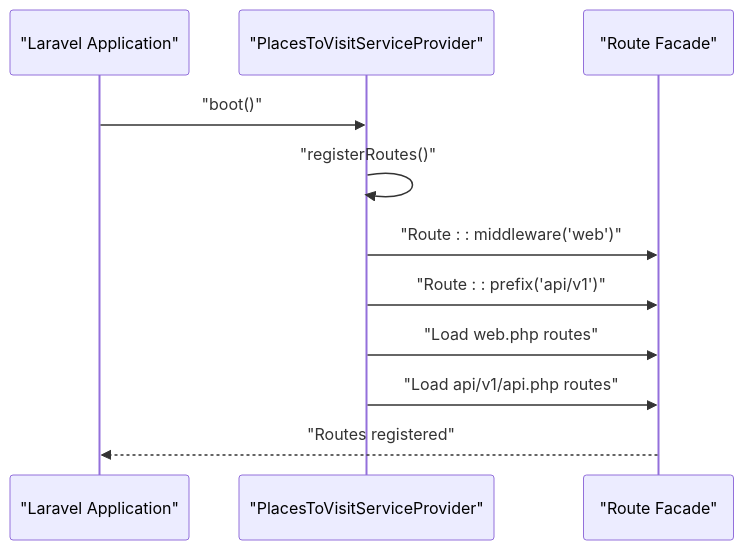
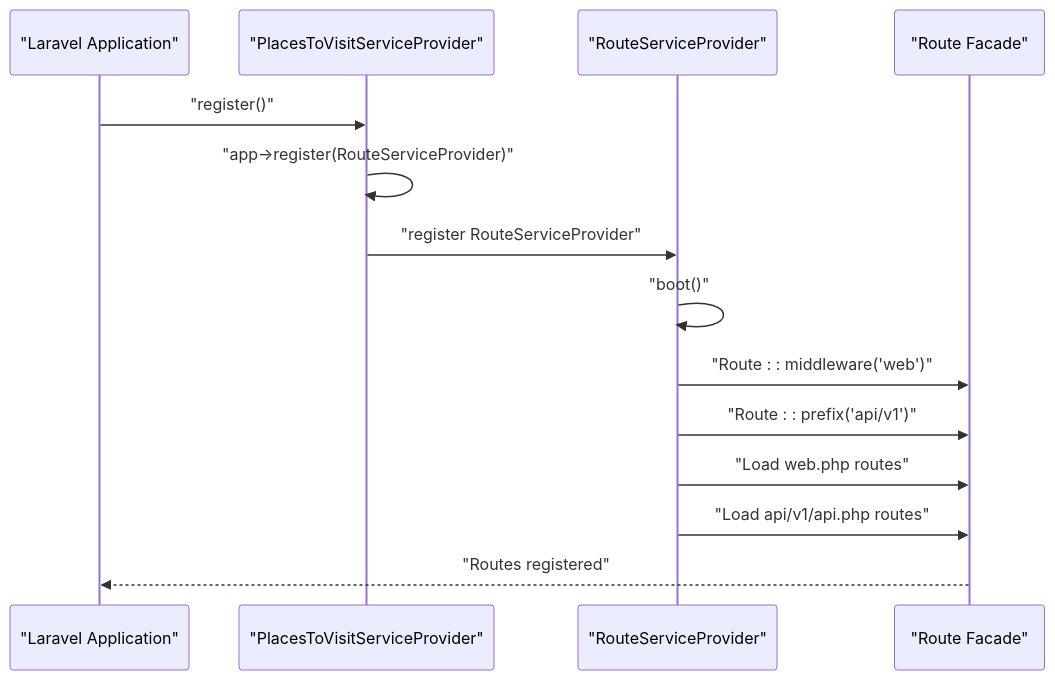
Before and after one commit to Hamdies/waddy_back: the third of 8 diagrams in .qoder/repowiki/en/content/Business Modules/PlacesToVisit Module/PlacesToVisit Module.md, drawn with Mermaid. The commit also changed other lines of this file and 5 other files, not shown here.

````diff
--- a/.qoder/repowiki/en/content/Business Modules/PlacesToVisit Module/PlacesToVisit Module.md
+++ b/.qoder/repowiki/en/content/Business Modules/PlacesToVisit Module/PlacesToVisit Module.md
@@ -279,13 +295,16 @@
 ```mermaid
 sequenceDiagram
 participant App as "Laravel Application"
-participant SP as "PlacesToVisitServiceProvider"
+participant MainSP as "PlacesToVisitServiceProvider"
+participant RouteSP as "RouteServiceProvider"
 participant Router as "Route Facade"
-App->>SP : "boot()"
-SP->>SP : "registerRoutes()"
-SP->>Router : "Route : : middleware('web')"
-SP->>Router : "Route : : prefix('api/v1')"
-SP->>Router : "Load web.php routes"
-SP->>Router : "Load api/v1/api.php routes"
+App->>MainSP : "register()"
+MainSP->>MainSP : "app->register(RouteServiceProvider)"
+MainSP->>RouteSP : "register RouteServiceProvider"
+RouteSP->>RouteSP : "boot()"
+RouteSP->>Router : "Route : : middleware('web')"
+RouteSP->>Router : "Route : : prefix('api/v1')"
+RouteSP->>Router : "Load web.php routes"
+RouteSP->>Router : "Load api/v1/api.php routes"
 Router-->>App : "Routes registered"
 ```
````
